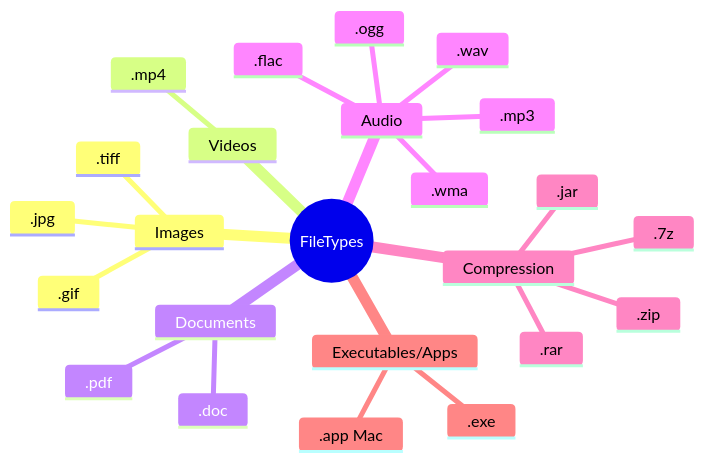
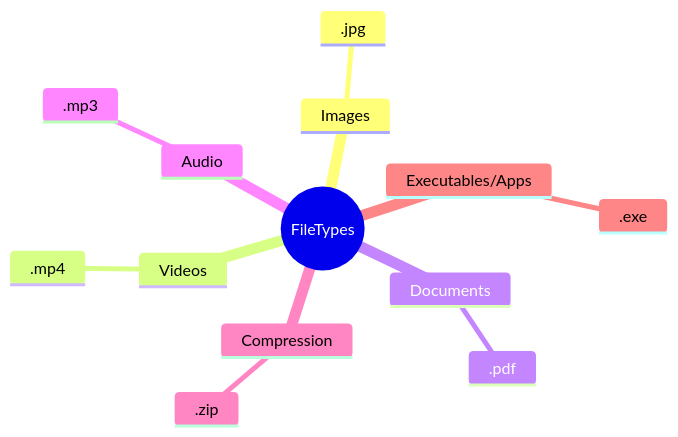
One commit to mrmatho/7dt-slides changed the diagram in pages/file-systems.md. Above: the diagram before and after it, drawn with Mermaid.

Commit message:
Minor: resetting the brainstorming slides back to being ready for semester 2

````diff
--- a/pages/file-systems.md
+++ b/pages/file-systems.md
@@ -65,27 +65,16 @@
 ```mermaid
 mindmap
   root((FileTypes))
     Images
       .jpg
-      .gif
-      .tiff
     Videos
       .mp4
     Documents
       .pdf
-      .doc
     Audio
       .mp3
-      .wav
-      .ogg
-      .flac
-      .wma
     Compression
       .zip
-      .rar
-      .jar
-      .7z
     Executables/Apps
       .exe
-      .app Mac
 ```
````
